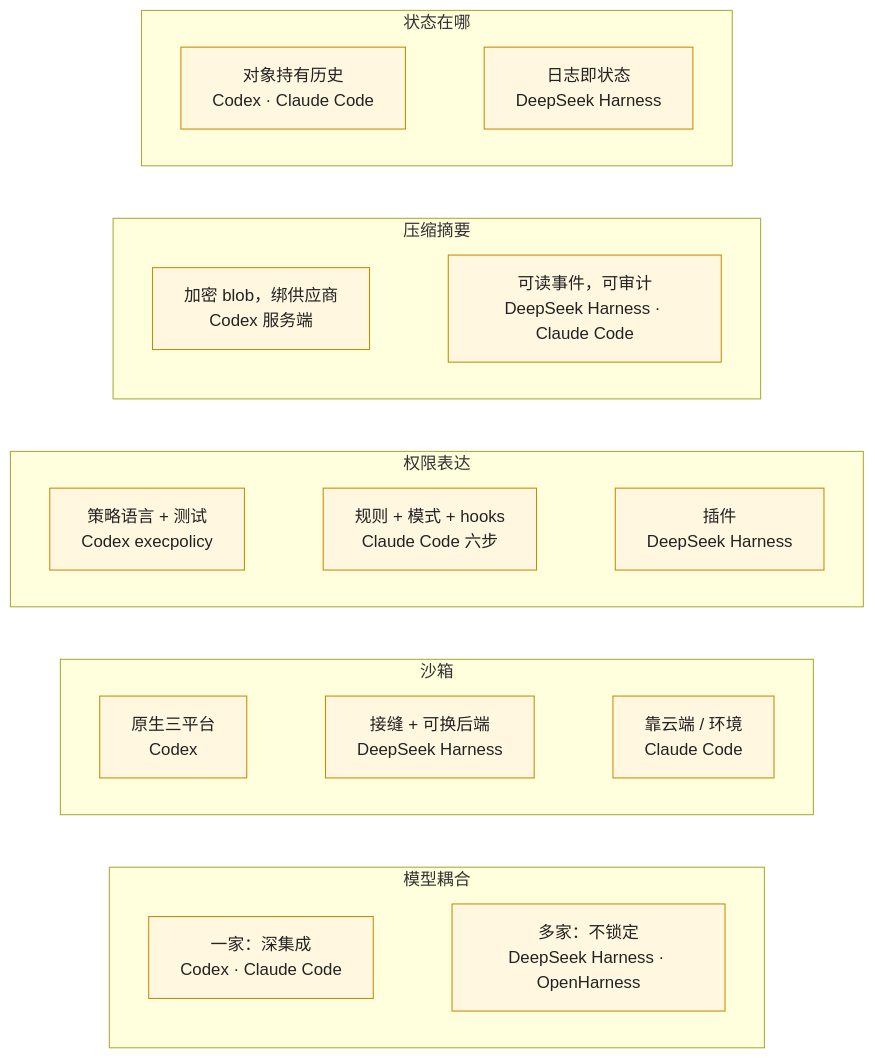
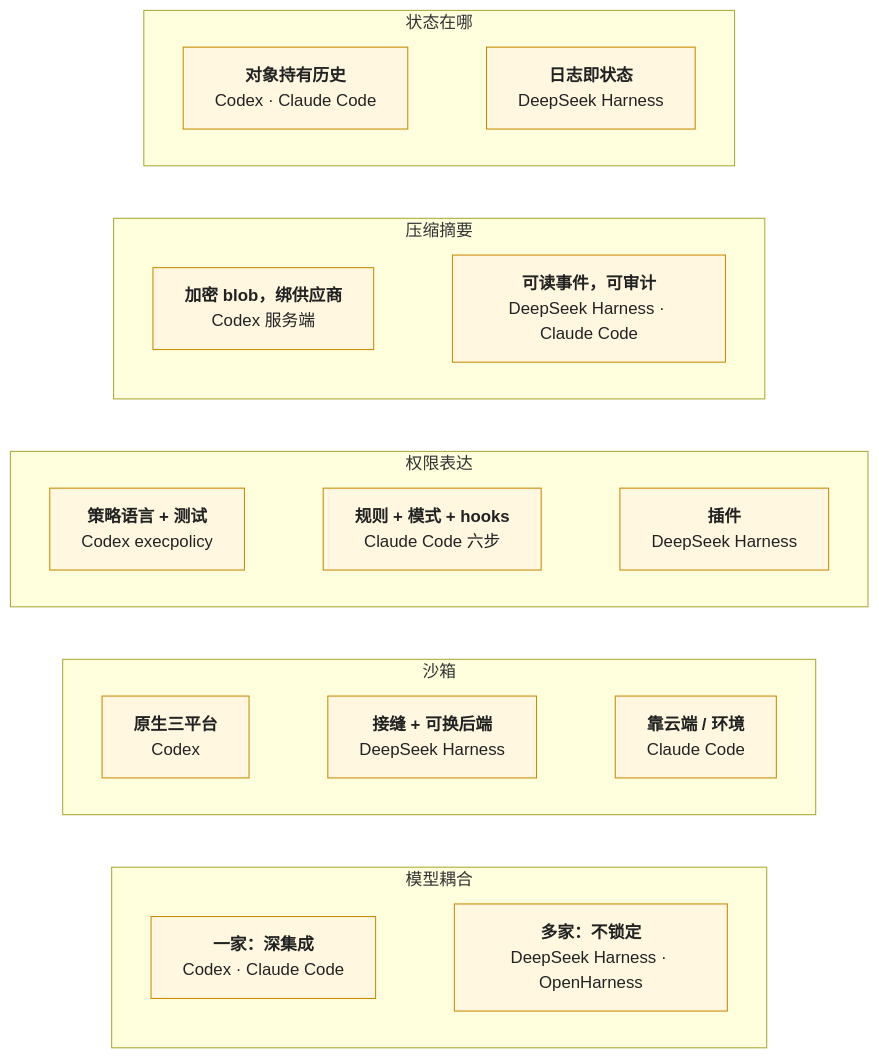
One commit to arganzheng/arganzheng.github.com changed the third of 4 diagrams in _posts/2026-10-26-coding-agent-harness-comparison-codex-deepseek-harness-claude-code.md. Above: the diagram before and after it, drawn with Mermaid. The commit also changed other lines of this file and 9 other files, not shown here.

First line of the commit message:
工具、Agent 与 harness：模型怎么从回答变成做事：Mermaid 多行方框的首行标为标题（10 篇）

````diff
--- a/_posts/2026-10-26-coding-agent-harness-comparison-codex-deepseek-harness-claude-code.md
+++ b/_posts/2026-10-26-coding-agent-harness-comparison-codex-deepseek-harness-claude-code.md
@@ -111,27 +111,27 @@
 ```mermaid
 %% 图：五个主轴上四家的位置——状态在对象（Codex、Claude Code）还是在日志（DeepSeek Harness）；压缩摘要加密（Codex）还是可读（DeepSeek Harness、Claude Code）；权限用策略语言（Codex execpolicy）、规则 + 模式（Claude Code）还是插件（DeepSeek Harness）；沙箱原生三平台（Codex）、接缝（DeepSeek Harness）还是靠环境（Claude Code）；模型耦合一家（Codex、Claude Code）还是多家（DeepSeek Harness、OpenHarness）
 flowchart TB
     subgraph A1["状态在哪"]
         direction LR
-        A1a["对象持有历史<br/>Codex · Claude Code"] ~~~ A1b["日志即状态<br/>DeepSeek Harness"]
+        A1a["<b>对象持有历史</b><br/>Codex · Claude Code"] ~~~ A1b["<b>日志即状态</b><br/>DeepSeek Harness"]
     end
     subgraph A2["压缩摘要"]
         direction LR
-        A2a["加密 blob，绑供应商<br/>Codex 服务端"] ~~~ A2b["可读事件，可审计<br/>DeepSeek Harness · Claude Code"]
+        A2a["<b>加密 blob，绑供应商</b><br/>Codex 服务端"] ~~~ A2b["<b>可读事件，可审计</b><br/>DeepSeek Harness · Claude Code"]
     end
     subgraph A3["权限表达"]
         direction LR
-        A3a["策略语言 + 测试<br/>Codex execpolicy"] ~~~ A3b["规则 + 模式 + hooks<br/>Claude Code 六步"] ~~~ A3c["插件<br/>DeepSeek Harness"]
+        A3a["<b>策略语言 + 测试</b><br/>Codex execpolicy"] ~~~ A3b["<b>规则 + 模式 + hooks</b><br/>Claude Code 六步"] ~~~ A3c["<b>插件</b><br/>DeepSeek Harness"]
     end
     subgraph A4["沙箱"]
         direction LR
-        A4a["原生三平台<br/>Codex"] ~~~ A4b["接缝 + 可换后端<br/>DeepSeek Harness"] ~~~ A4c["靠云端 / 环境<br/>Claude Code"]
+        A4a["<b>原生三平台</b><br/>Codex"] ~~~ A4b["<b>接缝 + 可换后端</b><br/>DeepSeek Harness"] ~~~ A4c["<b>靠云端 / 环境</b><br/>Claude Code"]
     end
     subgraph A5["模型耦合"]
         direction LR
-        A5a["一家：深集成<br/>Codex · Claude Code"] ~~~ A5b["多家：不锁定<br/>DeepSeek Harness · OpenHarness"]
+        A5a["<b>一家：深集成</b><br/>Codex · Claude Code"] ~~~ A5b["<b>多家：不锁定</b><br/>DeepSeek Harness · OpenHarness"]
     end
     A1 ~~~ A2 ~~~ A3 ~~~ A4 ~~~ A5
     classDef n fill:#fff7e0,stroke:#c98a00,color:#222
     class A1a,A1b,A2a,A2b,A3a,A3b,A3c,A4a,A4b,A4c,A5a,A5b n
 ```
````
